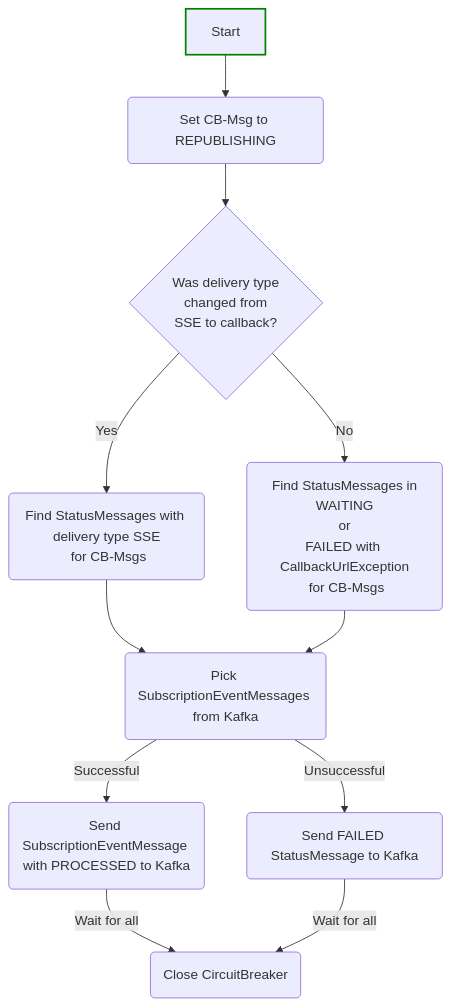
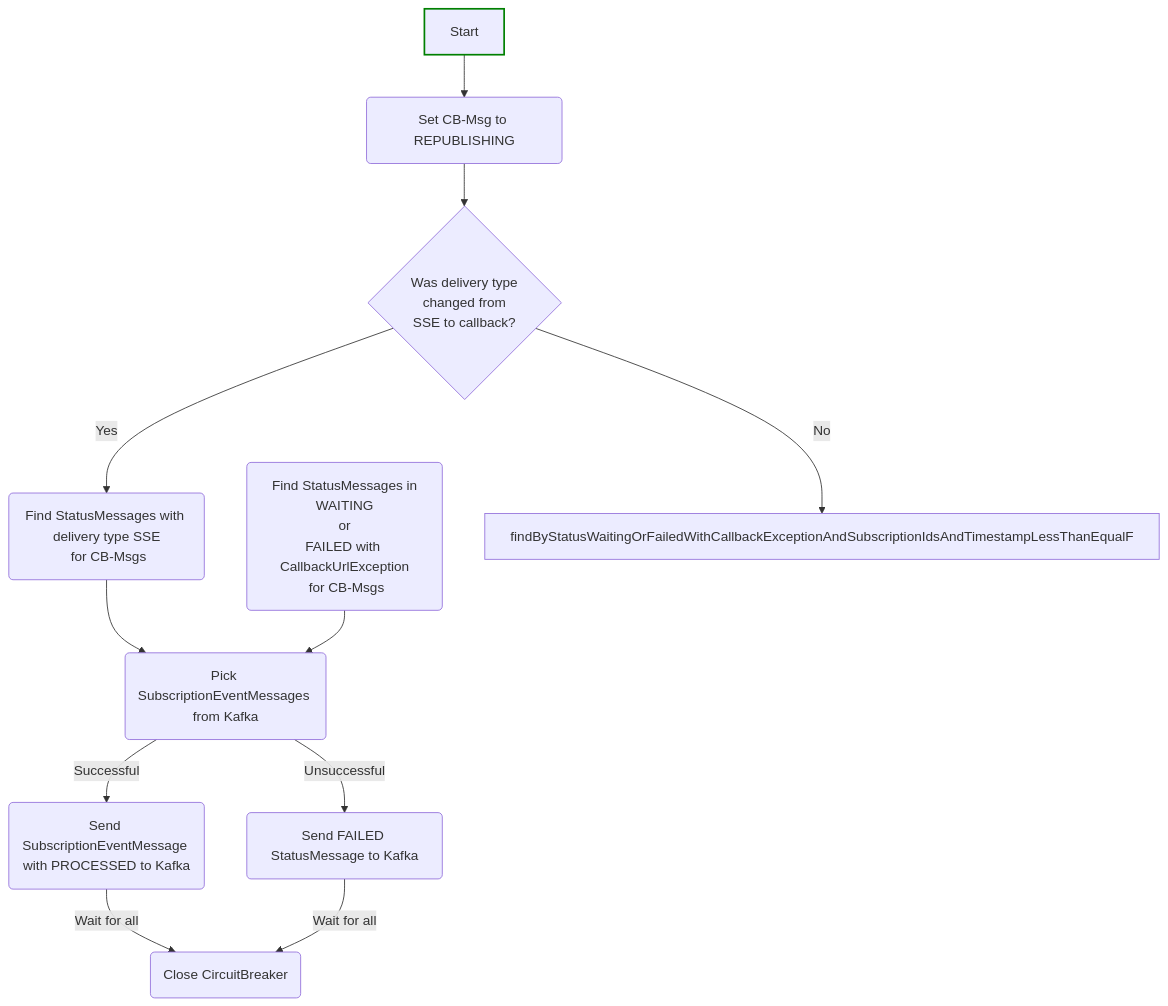
The sixth of 8 diagrams in docs/architecture.md (telekom/pubsub-horizon-polaris), drawn with Mermaid before and after one commit. The commit also changed other lines of this file and 5 other files, not shown here.

`````diff
--- a/docs/architecture.md
+++ b/docs/architecture.md
@@ -271,27 +271,26 @@
 ````mermaid
 flowchart TD
     Start
     style Start stroke:green,stroke-width:2px
     SetCBToREPUBLISHING(Set CB-Msg to REPUBLISHING)
     CloseCircuitBreaker(Close CircuitBreaker)
-    FindByStatusInPlusCallbackUrlNotFoundExceptionAsc(Find StatusMessages in\nWAITING\nor\nFAILED with CallbackUrlException\n for CB-Msgs)
+    FindByStatusWaitingOrFailedWithCallbackExceptionAndSubscriptionIdsAndTimestampLessThanEqual(Find StatusMessages in\nWAITING\nor\nFAILED with CallbackUrlException\n for CB-Msgs)
     FindByStatusInAndDeliveryTypeAndSubscriptionIdsAsc(Find StatusMessages with delivery type SSE\n for CB-Msgs)
     PickMessagesFromKafka(Pick SubscriptionEventMessages from Kafka)
     SendFAILEDStatusMsgToKafka(Send FAILED StatusMessage to Kafka)
     SendSubEventMsgToKafka(Send SubscriptionEventMessage with PROCESSED to Kafka)
     WasDeliveryTypeToCallback{Was delivery type\nchanged from\nSSE to callback?}
 
 
     Start --> SetCBToREPUBLISHING
     SetCBToREPUBLISHING --> WasDeliveryTypeToCallback
     WasDeliveryTypeToCallback --> |Yes| FindByStatusInAndDeliveryTypeAndSubscriptionIdsAsc
-    WasDeliveryTypeToCallback --> |No| FindByStatusInPlusCallbackUrlNotFoundExceptionAsc
-
+    WasDeliveryTypeToCallback --> |No| findByStatusWaitingOrFailedWithCallbackExceptionAndSubscriptionIdsAndTimestampLessThanEqualF
     FindByStatusInAndDeliveryTypeAndSubscriptionIdsAsc --> PickMessagesFromKafka
-    FindByStatusInPlusCallbackUrlNotFoundExceptionAsc --> PickMessagesFromKafka
+    FindByStatusWaitingOrFailedWithCallbackExceptionAndSubscriptionIdsAndTimestampLessThanEqual --> PickMessagesFromKafka
     PickMessagesFromKafka --> |Successful| SendSubEventMsgToKafka
     PickMessagesFromKafka --> |Unsuccessful| SendFAILEDStatusMsgToKafka
 
     SendSubEventMsgToKafka --> |Wait for all| CloseCircuitBreaker
     SendFAILEDStatusMsgToKafka --> |Wait for all| CloseCircuitBreaker
 ````
`````
